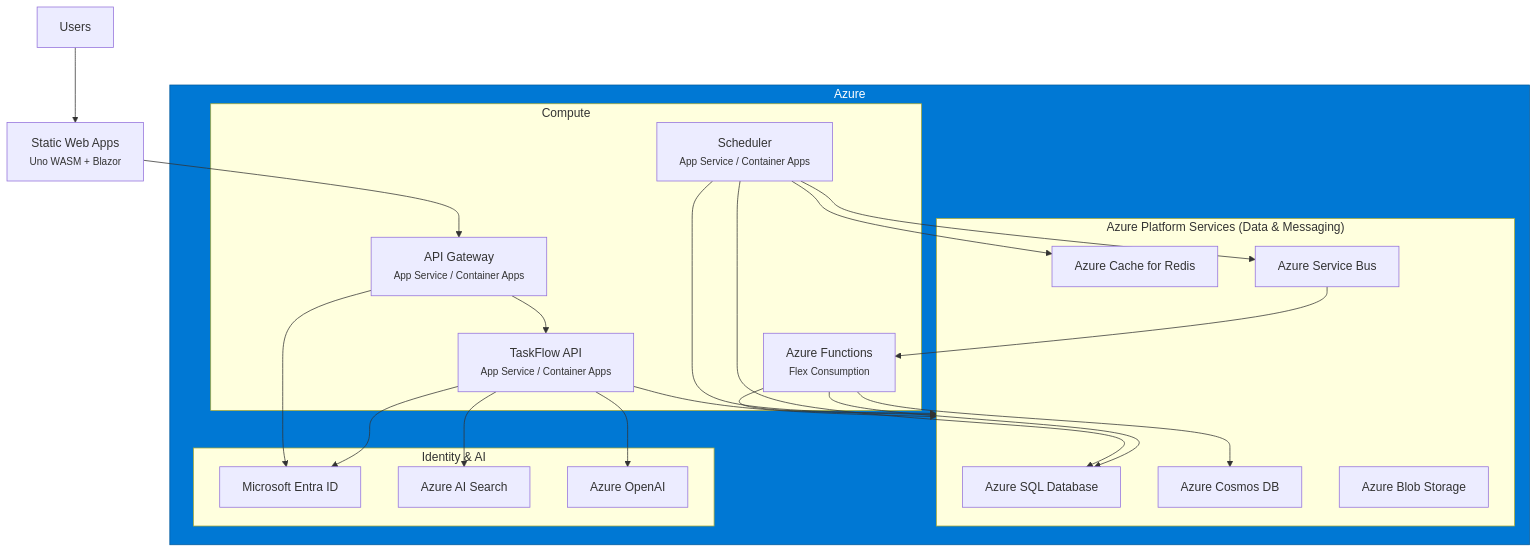
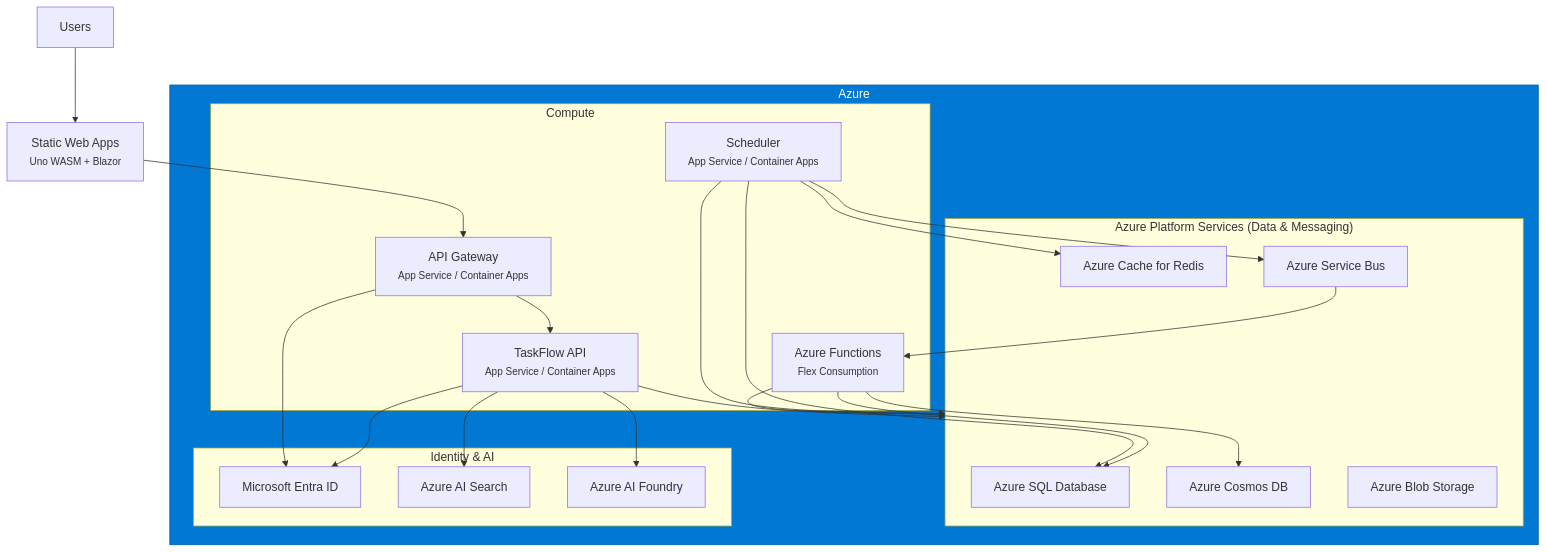
One commit to efreeman518/AI-Instructions-ReferenceApp changed diagram 14 of 22 in docs/tech-design.md. Above: the diagram before and after it, drawn with Mermaid. The commit also changed other lines of this file and 41 other files, not shown here.

````diff
--- a/docs/tech-design.md
+++ b/docs/tech-design.md
@@ -802,43 +802,43 @@
 ```mermaid
 graph TB
     subgraph azure["Azure"]
         subgraph compute["Compute"]
             GW_AZ["API Gateway<br/><small>App Service / Container Apps</small>"]
             API_AZ["TaskFlow API<br/><small>App Service / Container Apps</small>"]
             FN_AZ["Azure Functions<br/><small>Flex Consumption</small>"]
             SCH_AZ["Scheduler<br/><small>App Service / Container Apps</small>"]
         end
 
         subgraph data["Azure Platform Services (Data & Messaging)"]
             SQL_AZ["Azure SQL Database"]
             REDIS_AZ["Azure Cache for Redis"]
             COSMOS_AZ["Azure Cosmos DB"]
             SB_AZ["Azure Service Bus"]
             BLOB_AZ["Azure Blob Storage"]
         end
 
         subgraph identity["Identity & AI"]
             ENTRA["Microsoft Entra ID"]
             SEARCH["Azure AI Search"]
-            OAI["Azure OpenAI"]
+            OAI["Azure AI Foundry"]
         end
     end
 
     SWA["Static Web Apps<br/><small>Uno WASM + Blazor</small>"]
     USER["Users"]
 
     USER --> SWA
     SWA --> GW_AZ
     GW_AZ --> API_AZ
     API_AZ --> data
     FN_AZ --> data
     SCH_AZ --> data
     API_AZ --> SEARCH & OAI
     SB_AZ --> FN_AZ
     FN_AZ --> SQL_AZ & COSMOS_AZ
     SCH_AZ --> SQL_AZ & REDIS_AZ & SB_AZ
     API_AZ --> ENTRA
     GW_AZ --> ENTRA
 
     style azure fill:#0078d4,stroke:#005a9e,color:#fff
 ```
````
